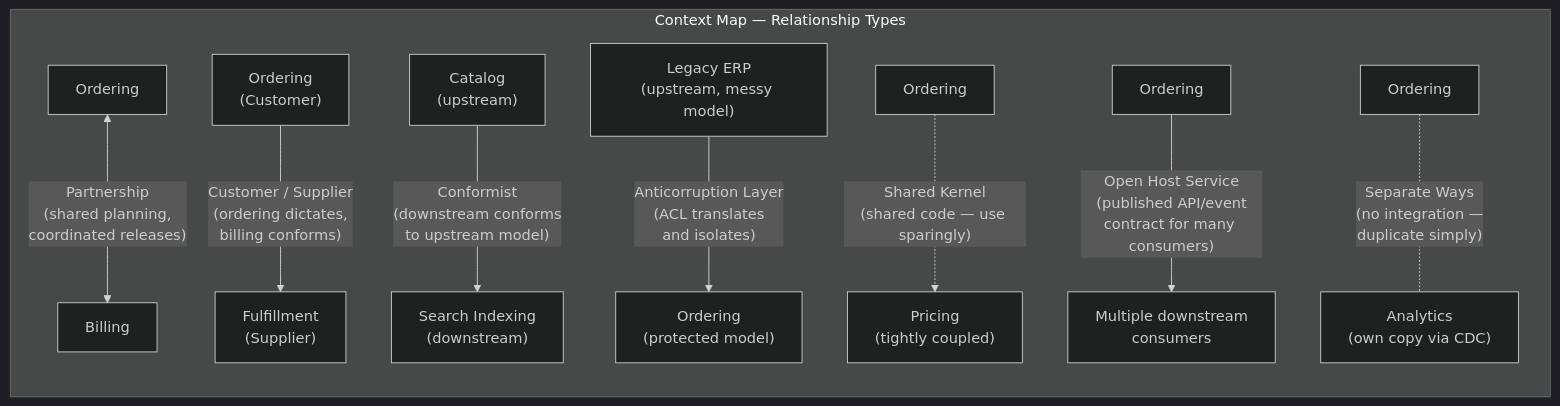
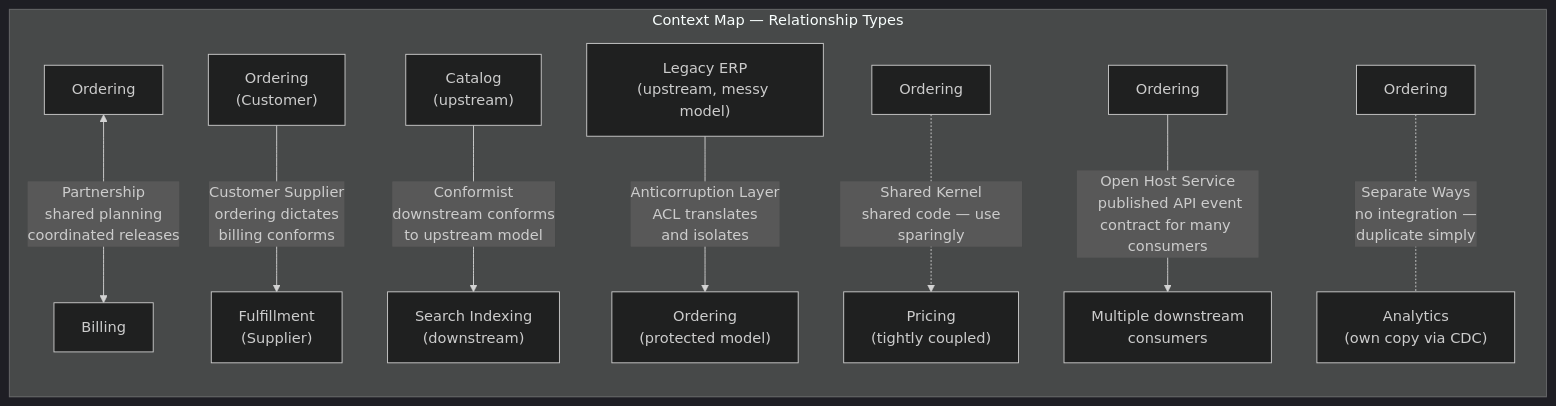
One commit to bumbsclaw/textbooks changed the third of 7 diagrams in vol-15-swe-practice/ch05-ddd.md. Above: the diagram before and after it, drawn with Mermaid (dark theme). The commit also changed other lines of this file and 173 other files, not shown here.

First line of the commit message:
fix(mermaid): close note brackets, semicolons in Notes, stateDiagram br -> dash, edge parens

````diff
--- a/vol-15-swe-practice/ch05-ddd.md
+++ b/vol-15-swe-practice/ch05-ddd.md
@@ -415,20 +415,20 @@
 ```mermaid
 flowchart TB
     subgraph Map["Context Map — Relationship Types"]
         direction TB
 
-        P1["Ordering"] <-->|"Partnership\n(shared planning,\ncoordinated releases)"| P2["Billing"]
+        P1["Ordering"] <-->|"Partnership\n shared planning \ncoordinated releases "| P2["Billing"]
 
-        CS1["Ordering\n(Customer)"] -->|"Customer / Supplier\n(ordering dictates,\nbilling conforms)"| CS2["Fulfillment\n(Supplier)"]
+        CS1["Ordering\n(Customer)"] -->|"Customer Supplier\n ordering dictates \nbilling conforms "| CS2["Fulfillment\n(Supplier)"]
 
-        CONF1["Catalog\n(upstream)"] -->|"Conformist\n(downstream conforms\nto upstream model)"| CONF2["Search Indexing\n(downstream)"]
+        CONF1["Catalog\n(upstream)"] -->|"Conformist\n downstream conforms\nto upstream model "| CONF2["Search Indexing\n(downstream)"]
 
-        ACL1["Legacy ERP\n(upstream, messy model)"] -->|"Anticorruption Layer\n(ACL translates\nand isolates)"| ACL2["Ordering\n(protected model)"]
+        ACL1["Legacy ERP\n(upstream, messy model)"] -->|"Anticorruption Layer\n ACL translates\nand isolates "| ACL2["Ordering\n(protected model)"]
 
-        SK1["Ordering"] -.->|"Shared Kernel\n(shared code — use sparingly)"| SK2["Pricing\n(tightly coupled)"]
+        SK1["Ordering"] -.->|"Shared Kernel\n shared code — use sparingly "| SK2["Pricing\n(tightly coupled)"]
 
-        OH1["Ordering"] -->|"Open Host Service\n(published API/event\ncontract for many consumers)"| OH2["Multiple downstream\nconsumers"]
+        OH1["Ordering"] -->|"Open Host Service\n published API event\ncontract for many consumers "| OH2["Multiple downstream\nconsumers"]
 
-        SEP1["Ordering"] -.-|"Separate Ways\n(no integration —\nduplicate simply)"| SEP2["Analytics\n(own copy via CDC)"]
+        SEP1["Ordering"] -.-|"Separate Ways\n no integration —\nduplicate simply "| SEP2["Analytics\n(own copy via CDC)"]
     end
 ```
````
